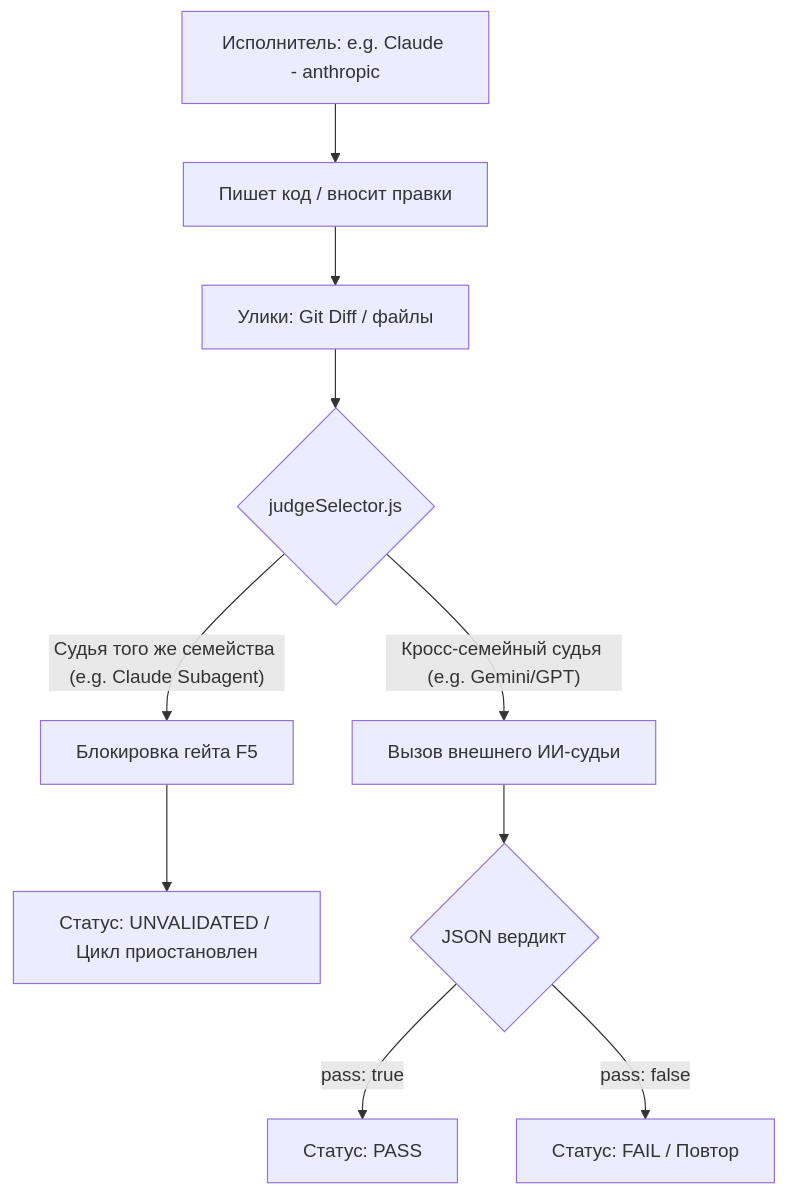
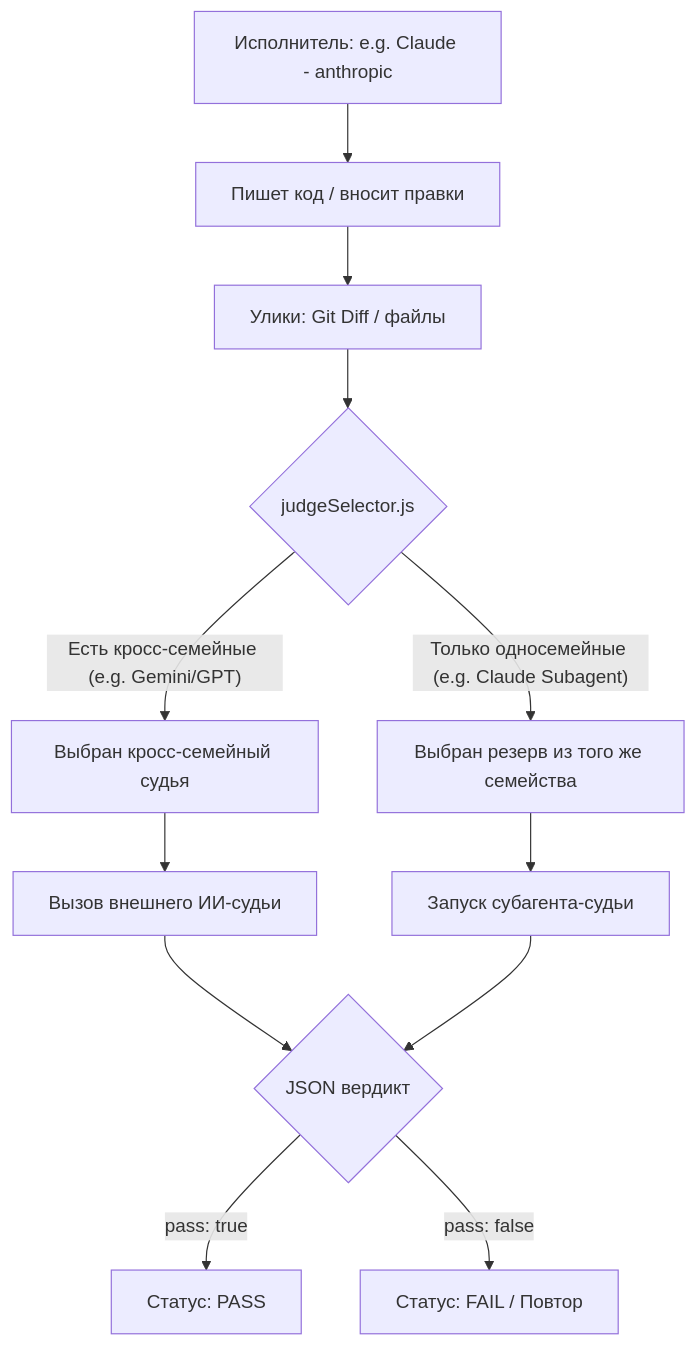
The third of 4 diagrams in README.ru.md (gDavASko/HarnessProtocol), drawn with Mermaid before and after one commit. The commit also changed other lines of this file and 4 other files, not shown here.

````diff
--- a/README.ru.md
+++ b/README.ru.md
@@ -157,14 +157,18 @@
 ```mermaid
 graph TD
     Worker[Исполнитель: e.g. Claude - anthropic] --> Action[Пишет код / вносит правки]
     Action --> Diff[Улики: Git Diff / файлы]
     Diff --> Selector{judgeSelector.js}
     
-    Selector -- "Судья того же семейства (e.g. Claude Subagent)" --> Block[Блокировка гейта F5]
-    Block --> Verdict1[Статус: UNVALIDATED / Цикл приостановлен]
+    Selector -- "Есть кросс-семейные (e.g. Gemini/GPT)" --> Cross[Выбран кросс-семейный судья]
+    Selector -- "Только односемейные (e.g. Claude Subagent)" --> Fallback[Выбран резерв из того же семейства]
     
-    Selector -- "Кросс-семейный судья (e.g. Gemini/GPT)" --> Eval[Вызов внешнего ИИ-судьи]
-    Eval --> Verdict2{JSON вердикт}
-    Verdict2 -- "pass: true" --> PASS[Статус: PASS]
-    Verdict2 -- "pass: false" --> FAIL[Статус: FAIL / Повтор]
+    Cross --> Eval1[Вызов внешнего ИИ-судьи]
+    Fallback --> Eval2[Запуск субагента-судьи]
+    
+    Eval1 --> Verdict{JSON вердикт}
+    Eval2 --> Verdict
+    
+    Verdict -- "pass: true" --> PASS[Статус: PASS]
+    Verdict -- "pass: false" --> FAIL[Статус: FAIL / Повтор]
 ```
````
